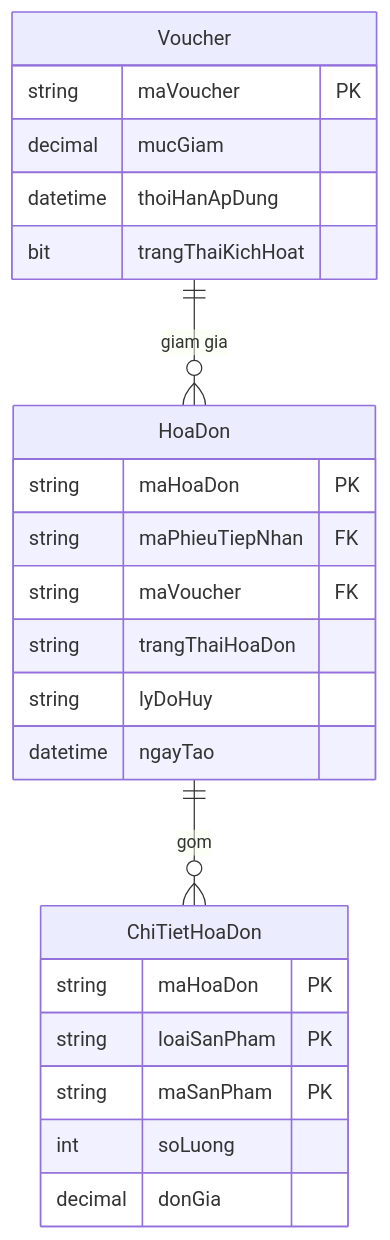
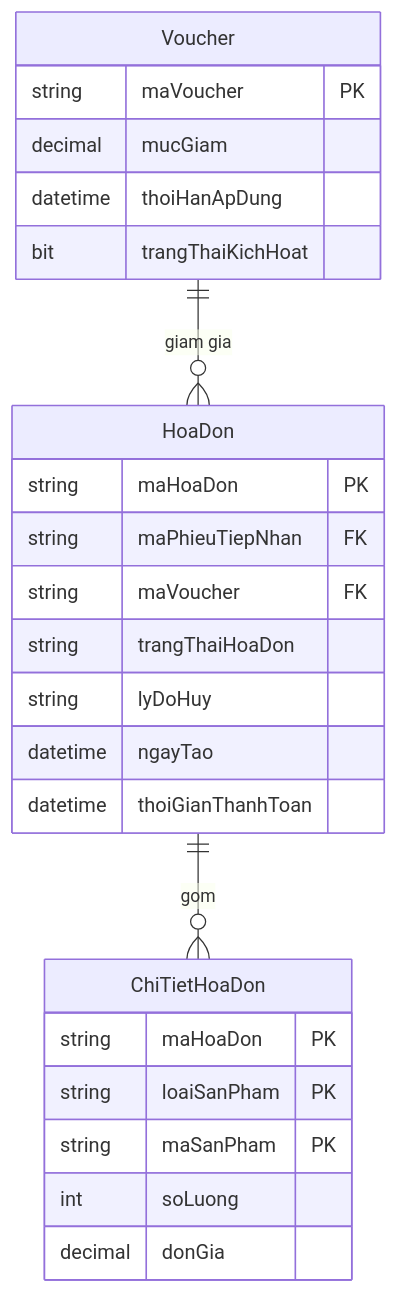
The seventh of 10 diagrams in assets/tasks/DGRAPH.md (MaiTheHao/iuh-fall2026-ptud), drawn with Mermaid before and after one commit. The commit also changed other lines of this file and 5 other files, not shown here.

````diff
--- a/assets/tasks/DGRAPH.md
+++ b/assets/tasks/DGRAPH.md
@@ -231,26 +213,27 @@
 ```mermaid
 erDiagram
     HoaDon {
         string maHoaDon PK
         string maPhieuTiepNhan FK
         string maVoucher FK
         string trangThaiHoaDon
         string lyDoHuy
         datetime ngayTao
+        datetime thoiGianThanhToan
     }
     ChiTietHoaDon {
         string maHoaDon PK
         string loaiSanPham PK
         string maSanPham PK
         int soLuong
         decimal donGia
     }
     Voucher {
         string maVoucher PK
         decimal mucGiam
         datetime thoiHanApDung
         bit trangThaiKichHoat
     }
     HoaDon ||--o{ ChiTietHoaDon : "gom"
     Voucher ||--o{ HoaDon : "giam gia"
 ```
````
